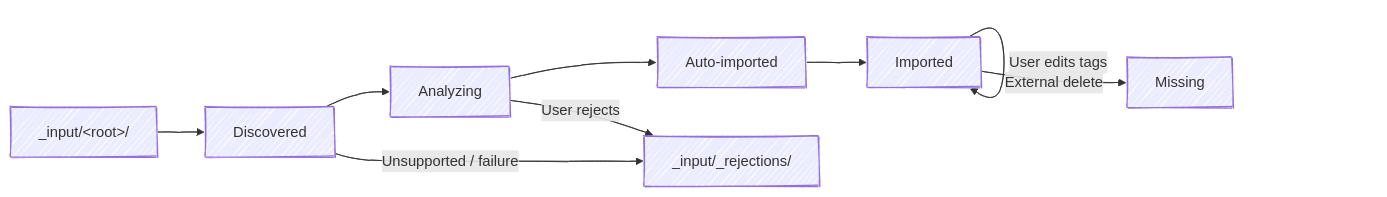
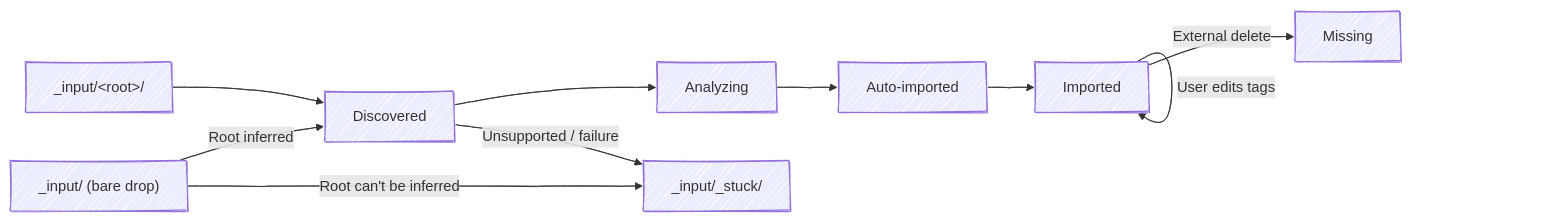
One commit to chris-peterson/pinpoint changed the first of 7 diagrams in SPEC.md. Above: the diagram before and after it, drawn with Mermaid. The commit also changed other lines of this file and 9 other files, not shown here.

````diff
--- a/SPEC.md
+++ b/SPEC.md
@@ -91,15 +91,16 @@
 ```mermaid
 ---
 config:
   look: handDrawn
 ---
 flowchart LR
     A["_input/&lt;root&gt;/"] --> B[Discovered]
     B --> C[Analyzing]
     C --> D[Auto-imported]
     D --> E[Imported]
     E -->|User edits tags| E
     E -->|External delete| F[Missing]
-    B -->|Unsupported / failure| R["_input/_rejections/"]
-    C -->|User rejects| R
+    B -->|Unsupported / failure| R["_input/_stuck/"]
+    A2["_input/ (bare drop)"] -->|Root can't be inferred| R
+    A2 -->|Root inferred| B
 ```
````
